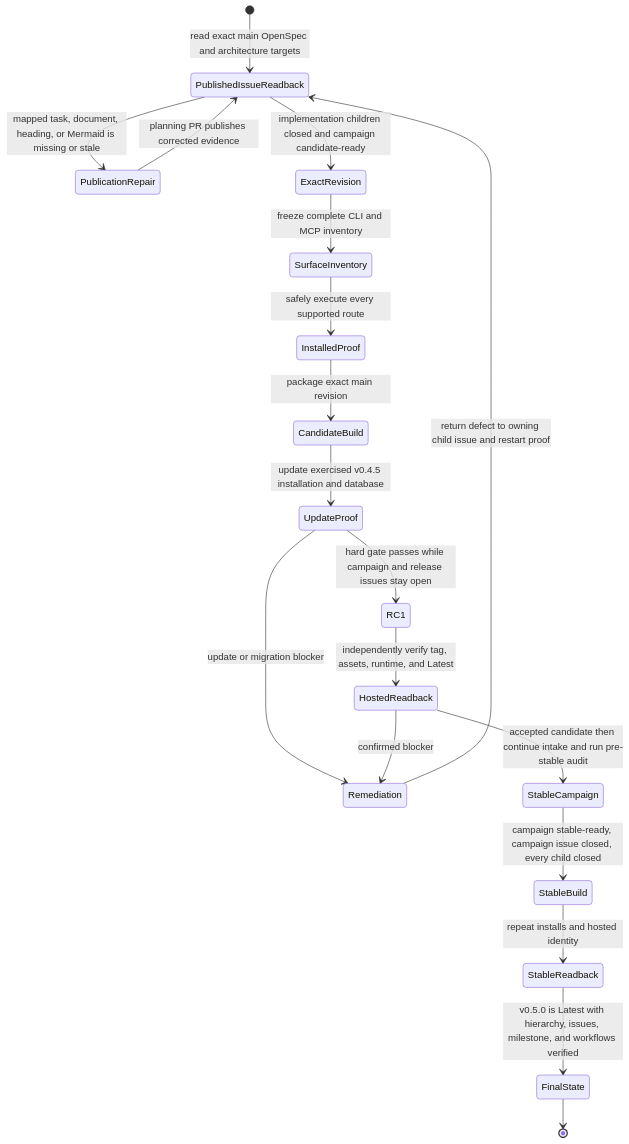
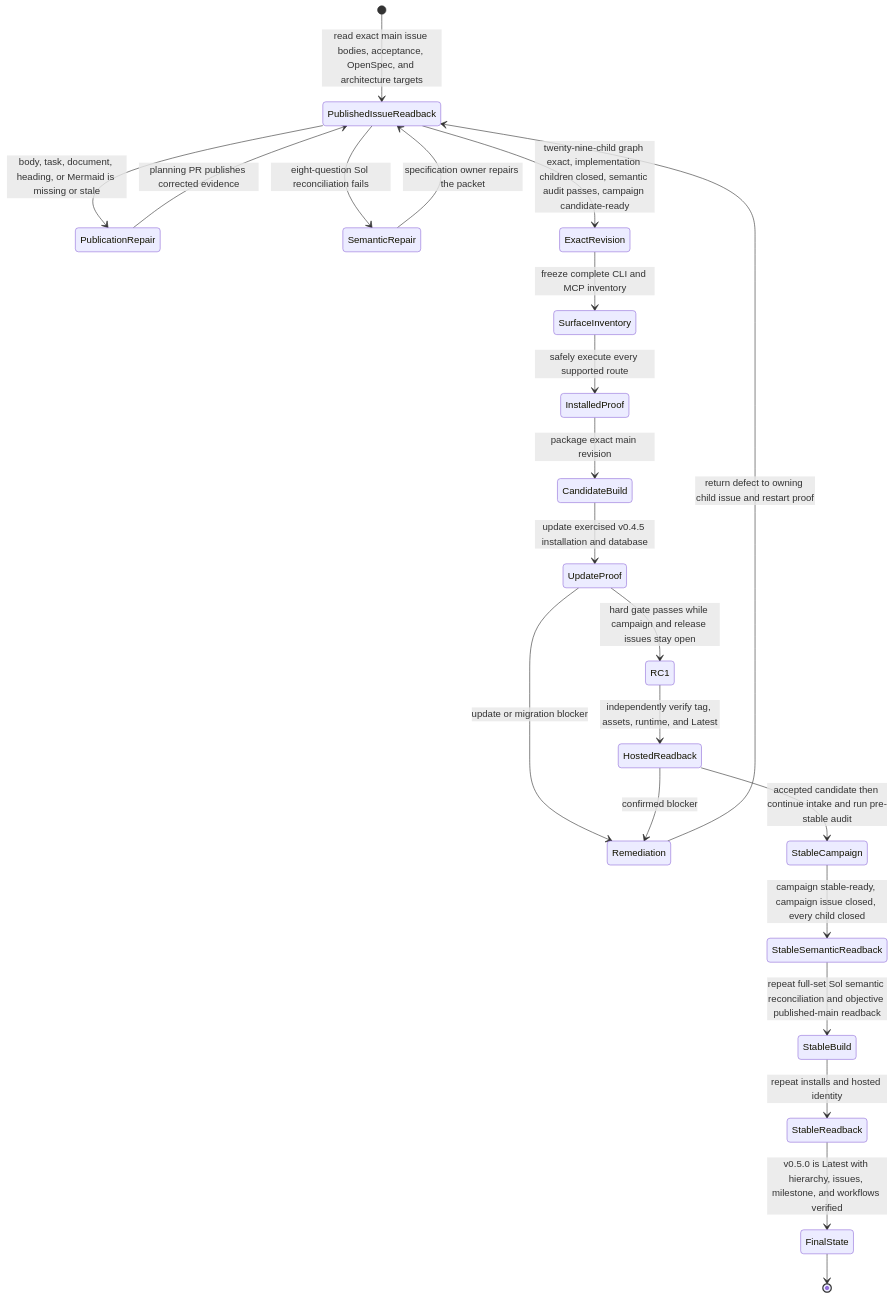
Before and after one commit to styler-ai/ProjectAtlas: diagram 31 of 31 in docs/v050-release-architecture.md, drawn with Mermaid. The commit also changed other lines of this file and 9 other files, not shown here.

Commit message:
docs(issueops): specify acceptance-oriented issue contracts (#500)

````diff
--- a/docs/v050-release-architecture.md
+++ b/docs/v050-release-architecture.md
@@ -481,21 +526,24 @@
 ```mermaid
 stateDiagram-v2
-  [*] --> PublishedIssueReadback: read exact main OpenSpec and architecture targets
-  PublishedIssueReadback --> PublicationRepair: mapped task, document, heading, or Mermaid is missing or stale
+  [*] --> PublishedIssueReadback: read exact main issue bodies, acceptance, OpenSpec, and architecture targets
+  PublishedIssueReadback --> PublicationRepair: body, task, document, heading, or Mermaid is missing or stale
   PublicationRepair --> PublishedIssueReadback: planning PR publishes corrected evidence
-  PublishedIssueReadback --> ExactRevision: implementation children closed and campaign candidate-ready
+  PublishedIssueReadback --> SemanticRepair: eight-question Sol reconciliation fails
+  SemanticRepair --> PublishedIssueReadback: specification owner repairs the packet
+  PublishedIssueReadback --> ExactRevision: twenty-nine-child graph exact, implementation children closed, semantic audit passes, campaign candidate-ready
   ExactRevision --> SurfaceInventory: freeze complete CLI and MCP inventory
   SurfaceInventory --> InstalledProof: safely execute every supported route
   InstalledProof --> CandidateBuild: package exact main revision
   CandidateBuild --> UpdateProof: update exercised v0.4.5 installation and database
   UpdateProof --> RC1: hard gate passes while campaign and release issues stay open
   UpdateProof --> Remediation: update or migration blocker
   RC1 --> HostedReadback: independently verify tag, assets, runtime, and Latest
   HostedReadback --> Remediation: confirmed blocker
   Remediation --> PublishedIssueReadback: return defect to owning child issue and restart proof
   HostedReadback --> StableCampaign: accepted candidate then continue intake and run pre-stable audit
-  StableCampaign --> StableBuild: campaign stable-ready, campaign issue closed, every child closed
+  StableCampaign --> StableSemanticReadback: campaign stable-ready, campaign issue closed, every child closed
+  StableSemanticReadback --> StableBuild: repeat full-set Sol semantic reconciliation and objective published-main readback
   StableBuild --> StableReadback: repeat installs and hosted identity
   StableReadback --> FinalState: v0.5.0 is Latest with hierarchy, issues, milestone, and workflows verified
   FinalState --> [*]
 ```
````
